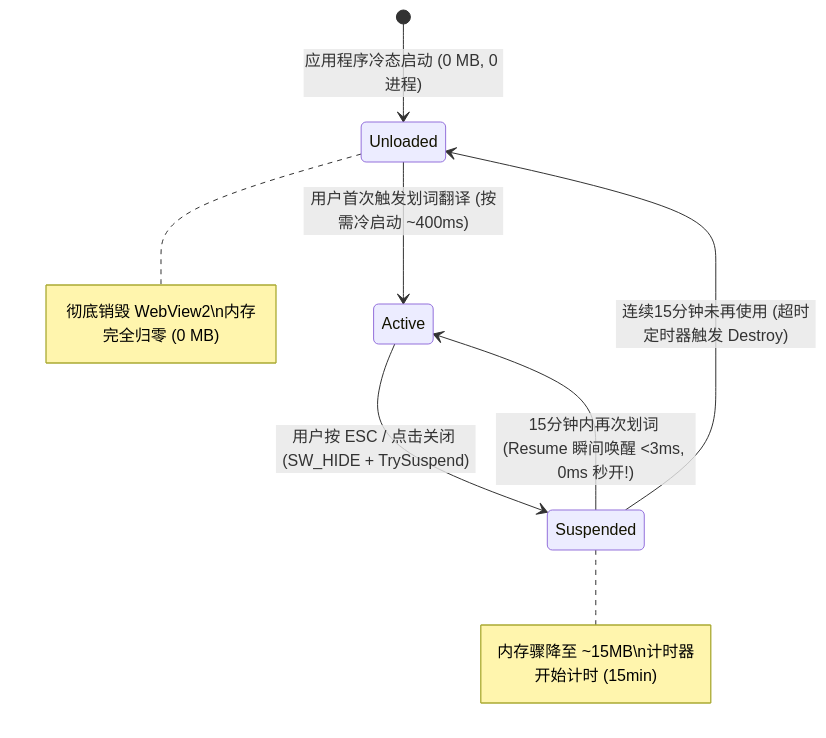
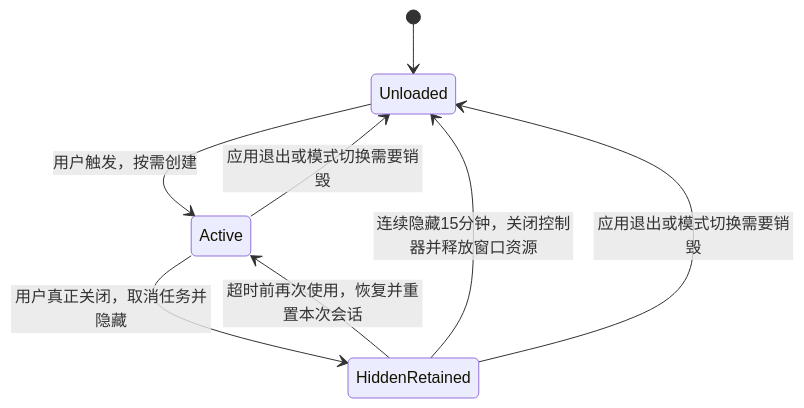
Before and after one commit to melody0709/zencrop: the diagram in .plan/feat/translation-window-webview2-lifecycle-and-memory-plan.md, drawn with Mermaid. The commit also changed other lines of this file and 14 other files, not shown here.

````diff
--- a/.plan/feat/translation-window-webview2-lifecycle-and-memory-plan.md
+++ b/.plan/feat/translation-window-webview2-lifecycle-and-memory-plan.md
@@ -52,14 +60,10 @@
 ```mermaid
 stateDiagram-v2
-    [*] --> Unloaded : 应用程序冷态启动 (0 MB, 0 进程)
-    
-    Unloaded --> Active : 用户首次触发划词翻译 (按需冷启动 ~400ms)
-    
-    Active --> Suspended : 用户按 ESC / 点击关闭 (SW_HIDE + TrySuspend)
-    note right of Suspended : 内存骤降至 ~15MB\n计时器开始计时 (15min)
-    
-    Suspended --> Active : 15分钟内再次划词 (Resume 瞬间唤醒 <3ms, 0ms 秒开!)
-    
-    Suspended --> Unloaded : 连续15分钟未再使用 (超时定时器触发 Destroy)
-    note right of Unloaded : 彻底销毁 WebView2\n内存完全归零 (0 MB)
+    [*] --> Unloaded
+    Unloaded --> Active: 用户触发，按需创建
+    Active --> HiddenRetained: 用户真正关闭，取消任务并隐藏
+    HiddenRetained --> Active: 超时前再次使用，恢复并重置本次会话
+    HiddenRetained --> Unloaded: 连续隐藏15分钟，关闭控制器并释放窗口资源
+    Active --> Unloaded: 应用退出或模式切换需要销毁
+    HiddenRetained --> Unloaded: 应用退出或模式切换需要销毁
 ```
````
